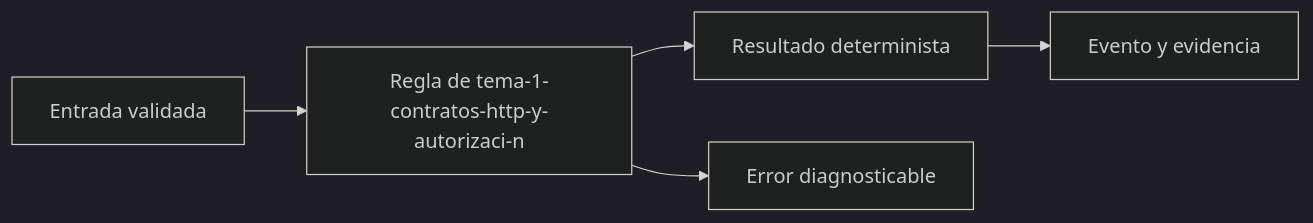
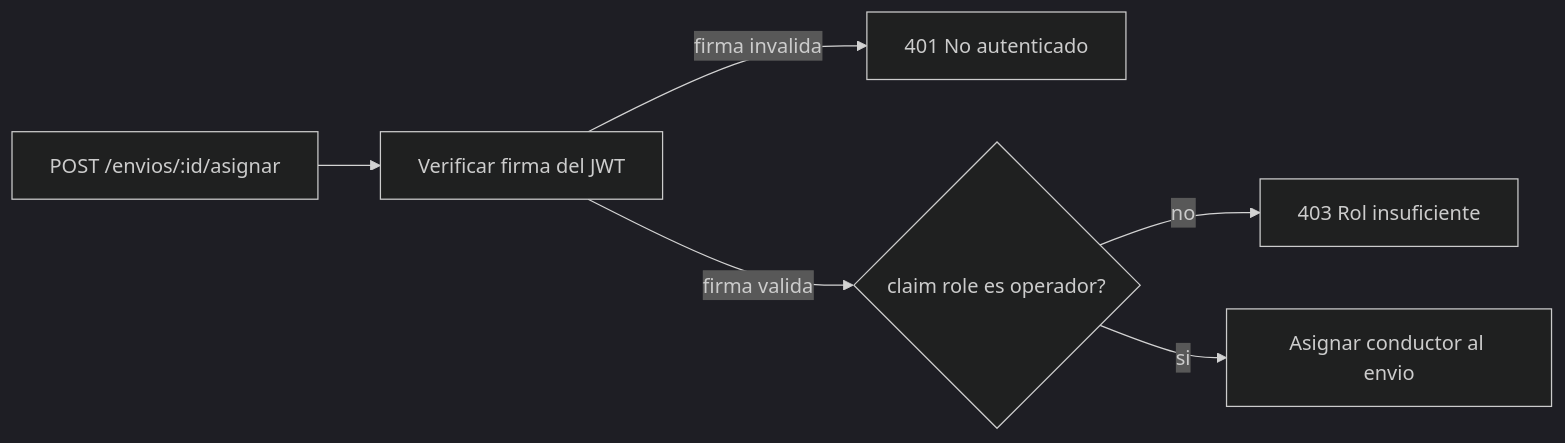
Before and after one commit to NICORUIZ93/Academia_Floci: the second of 6 diagrams in web/public/content/rutaflow/modulo-2.md, drawn with Mermaid (dark theme). The commit also changed other lines of this file and 56 other files, not shown here.

````diff
--- a/web/public/content/rutaflow/modulo-2.md
+++ b/web/public/content/rutaflow/modulo-2.md
@@ -44,7 +46,8 @@
 ```mermaid
 flowchart LR
-  A[Entrada validada] --> B[Regla de tema-1-contratos-http-y-autorizaci-n]
-  B --> C[Resultado determinista]
-  C --> D[Evento y evidencia]
-  B --> E[Error diagnosticable]
+  A[POST /envios/:id/asignar] --> B[Verificar firma del JWT]
+  B -->|firma invalida| E1[401 No autenticado]
+  B -->|firma valida| C{claim role es operador?}
+  C -->|no| E2[403 Rol insuficiente]
+  C -->|si| D[Asignar conductor al envio]
 ```
````
